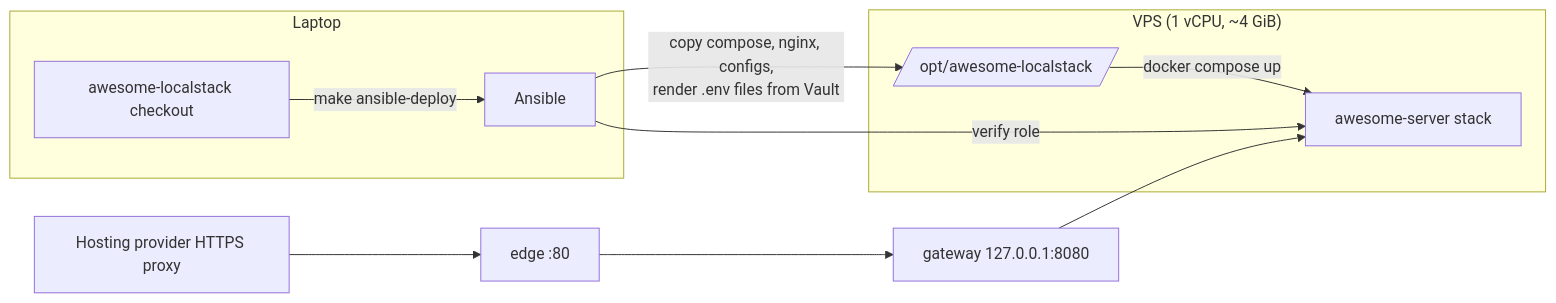
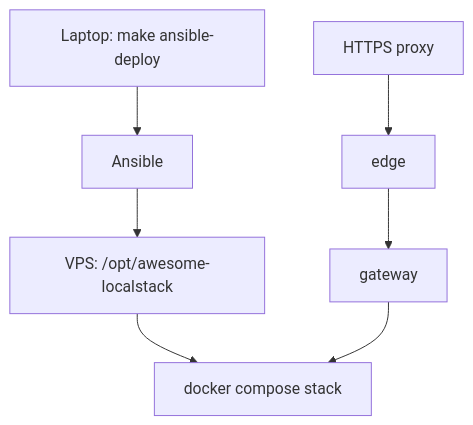
One commit to slawekradzyminski/awesome-localstack changed the diagram in docs-site/docs/operations/index.md. Above: the diagram before and after it, drawn with Mermaid. The commit also changed 27 other files, not shown here.

First line of the commit message:
Fix unrendered wiki diagrams and make every diagram readable

````diff
--- a/docs-site/docs/operations/index.md
+++ b/docs-site/docs/operations/index.md
@@ -14,12 +14,7 @@
 ```mermaid
-flowchart LR
-    subgraph Laptop
-        R[awesome-localstack checkout] -->|make ansible-deploy| A[Ansible]
-    end
-    subgraph VPS["VPS (1 vCPU, ~4 GiB)"]
-        A -->|copy compose, nginx, configs,<br/>render .env files from Vault| D[/opt/awesome-localstack/]
-        D -->|docker compose up| S[awesome-server stack]
-        A -->|verify role| S
-    end
-    H[Hosting provider HTTPS proxy] --> E[edge :80] --> G[gateway 127.0.0.1:8080] --> S
+flowchart TB
+    L[Laptop: make ansible-deploy] --> A[Ansible]
+    A --> D[VPS: /opt/awesome-localstack]
+    D --> S[docker compose stack]
+    H[HTTPS proxy] --> E[edge] --> G[gateway] --> S
 ```
````
